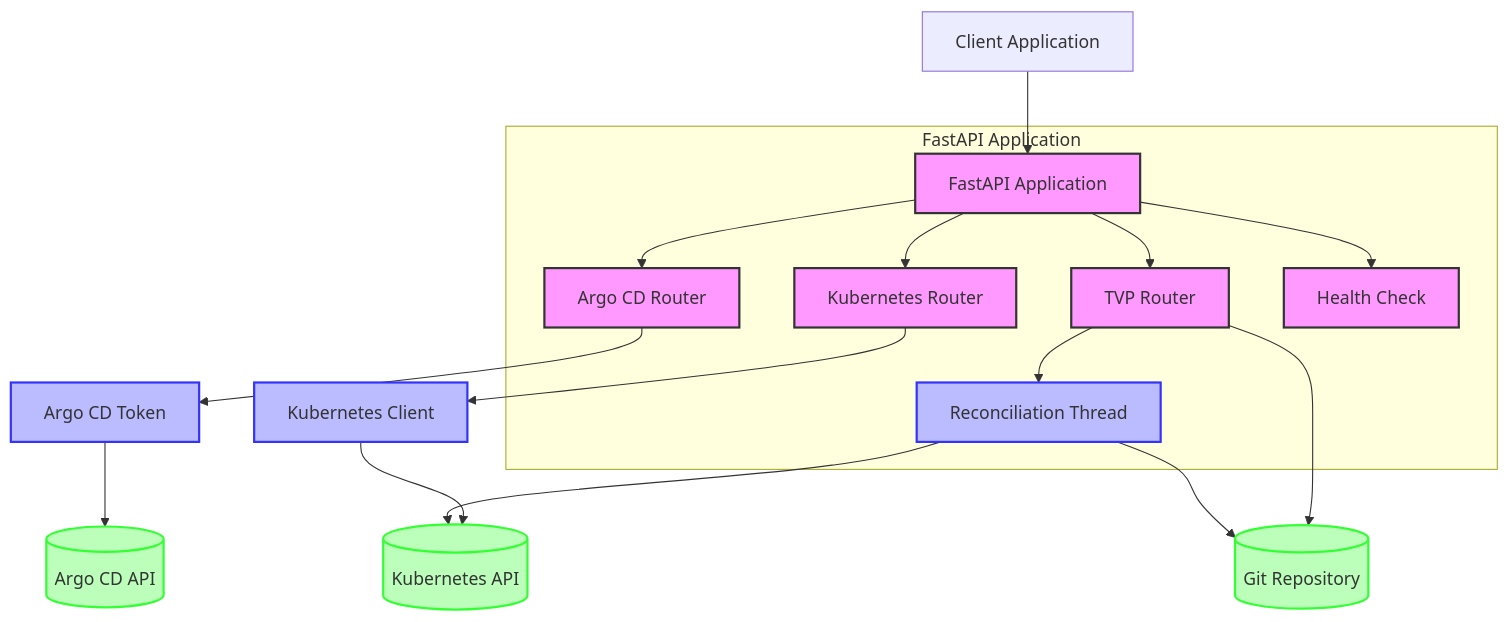
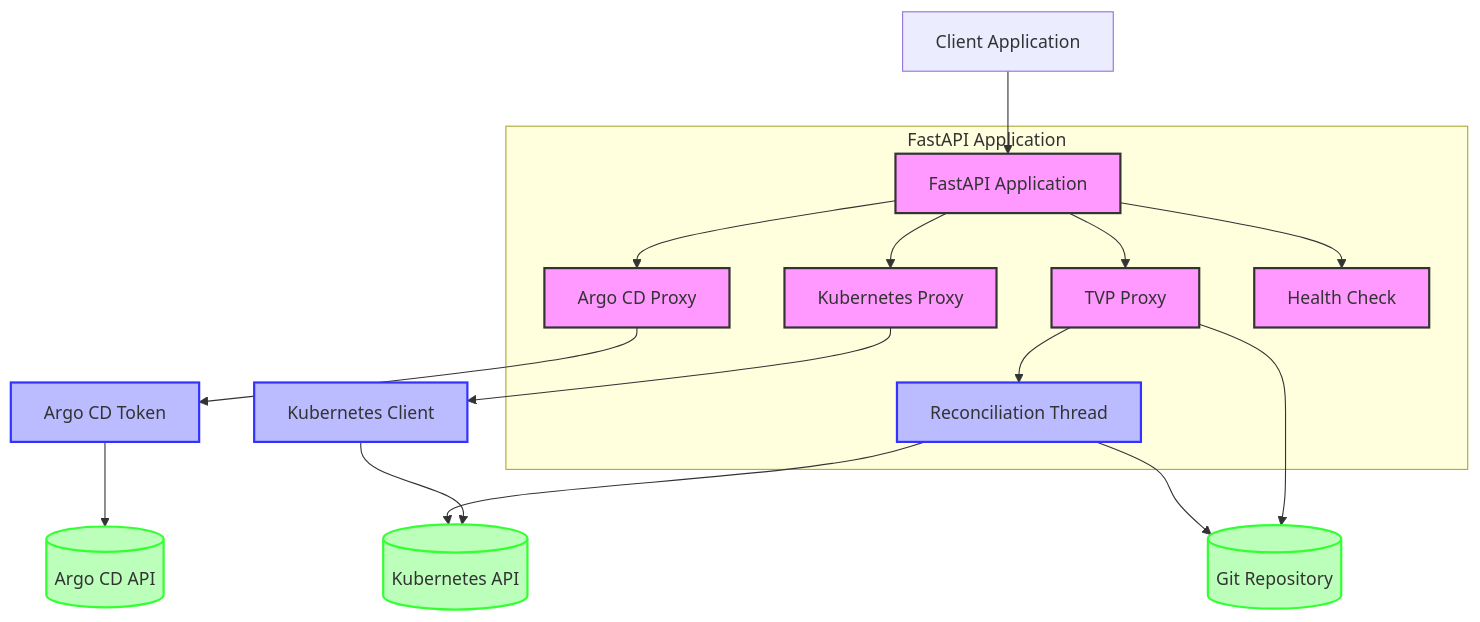
One commit to lloydchang/tvp-k8s changed the first of 9 diagrams in README.md. Above: the diagram before and after it, drawn with Mermaid. The commit also changed other lines of this file and 11 other files, not shown here.

````diff
--- a/README.md
+++ b/README.md
@@ -115,30 +115,30 @@
 ```mermaid
 flowchart TB
     Client[Client Application] --> API[FastAPI Application]
     
     subgraph "FastAPI Application"
-        API --> KR[Kubernetes Router]
-        API --> AR[Argo CD Router]
-        API --> TR[TVP Router]
+        API --> KR[Kubernetes Proxy]
+        API --> AR[Argo CD Proxy]
+        API --> TR[TVP Proxy]
         API --> Health[Health Check]
         TR --> RT[Reconciliation Thread]
     end
     
     KR --> KC[Kubernetes Client]
     AR --> AT[Argo CD Token]
     TR --> GitRepo[(Git Repository)]
     
     KC --> Kubernetes[(Kubernetes API)]
     AT --> ArgoCD[(Argo CD API)]
     RT --> GitRepo
     RT --> Kubernetes
     
     classDef component fill:#f9f,stroke:#333,stroke-width:2px
     classDef api fill:#bbf,stroke:#33f,stroke-width:2px
     classDef external fill:#bfb,stroke:#3f3,stroke-width:2px
     
     class API,KR,AR,TR,Health component
     class KC,AT,RT api
     class Kubernetes,ArgoCD,GitRepo external
 
 ```
````
